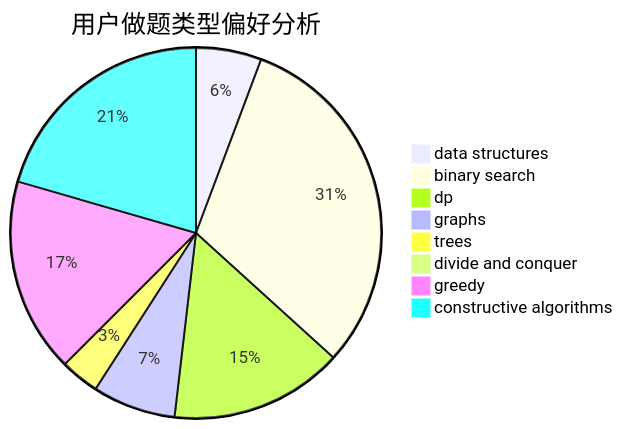
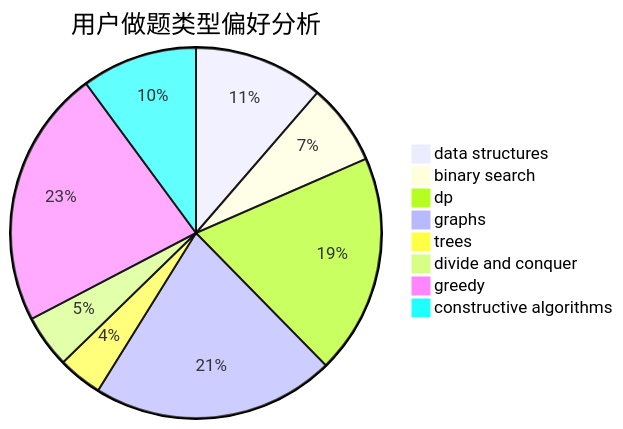
One commit to sherpahu/cfrs.github.io changed the second of 3 diagrams in docs/user/u867.md. Above: the diagram before and after it, drawn with Mermaid. The commit also changed other lines of this file and 2770 other files, not shown here.

````diff
--- a/docs/user/u867.md
+++ b/docs/user/u867.md
@@ -23,11 +23,11 @@
 ```mermaid
 pie title 用户做题类型偏好分析
-    "data structures" :  37
-    "binary search" :  201
-    "dp" :  98
-    "graphs" :  47
-    "trees" :  22
-    "divide and conquer" :  0
-    "greedy" :  110
-    "constructive algorithms" :  133
+    "data structures" :  91
+    "binary search" :  57
+    "dp" :  154
+    "graphs" :  170
+    "trees" :  31
+    "divide and conquer" :  37
+    "greedy" :  181
+    "constructive algorithms" :  81
 ```
````
